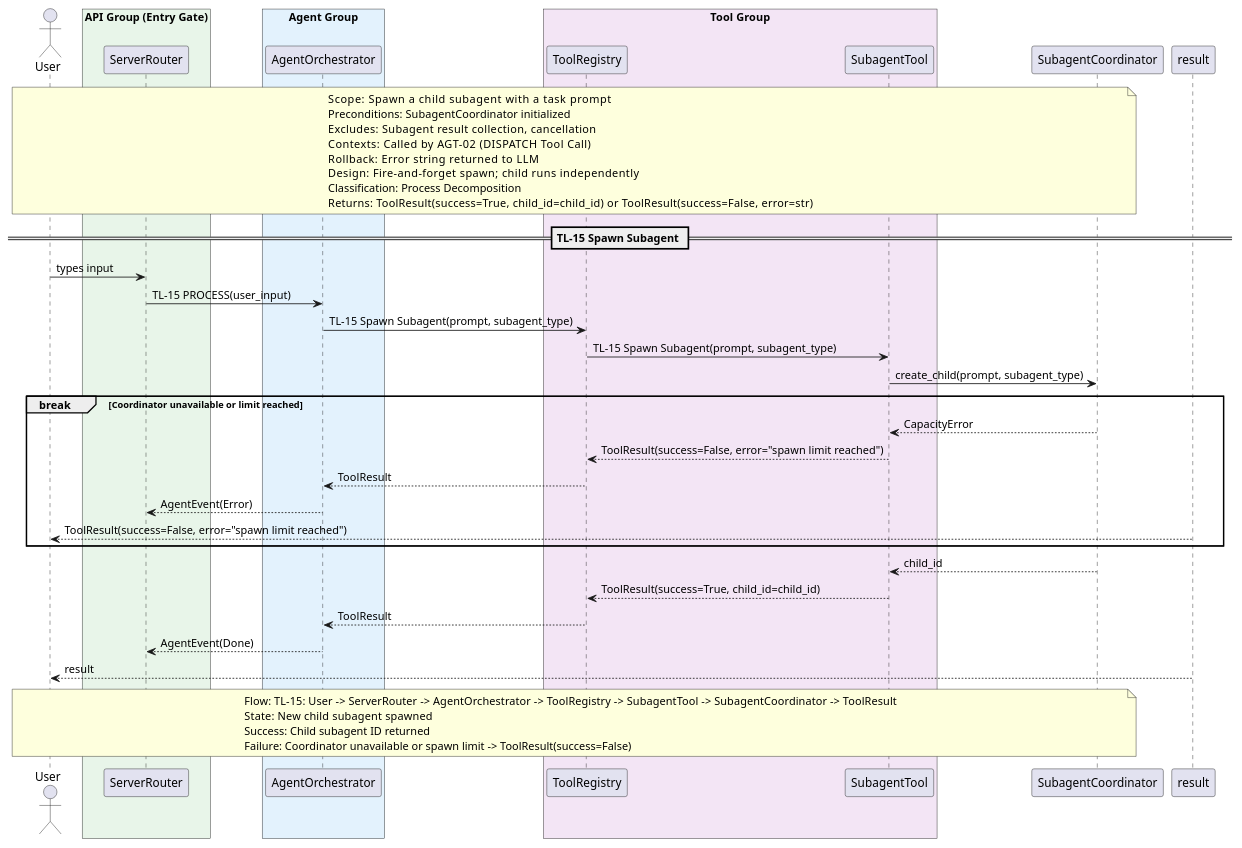
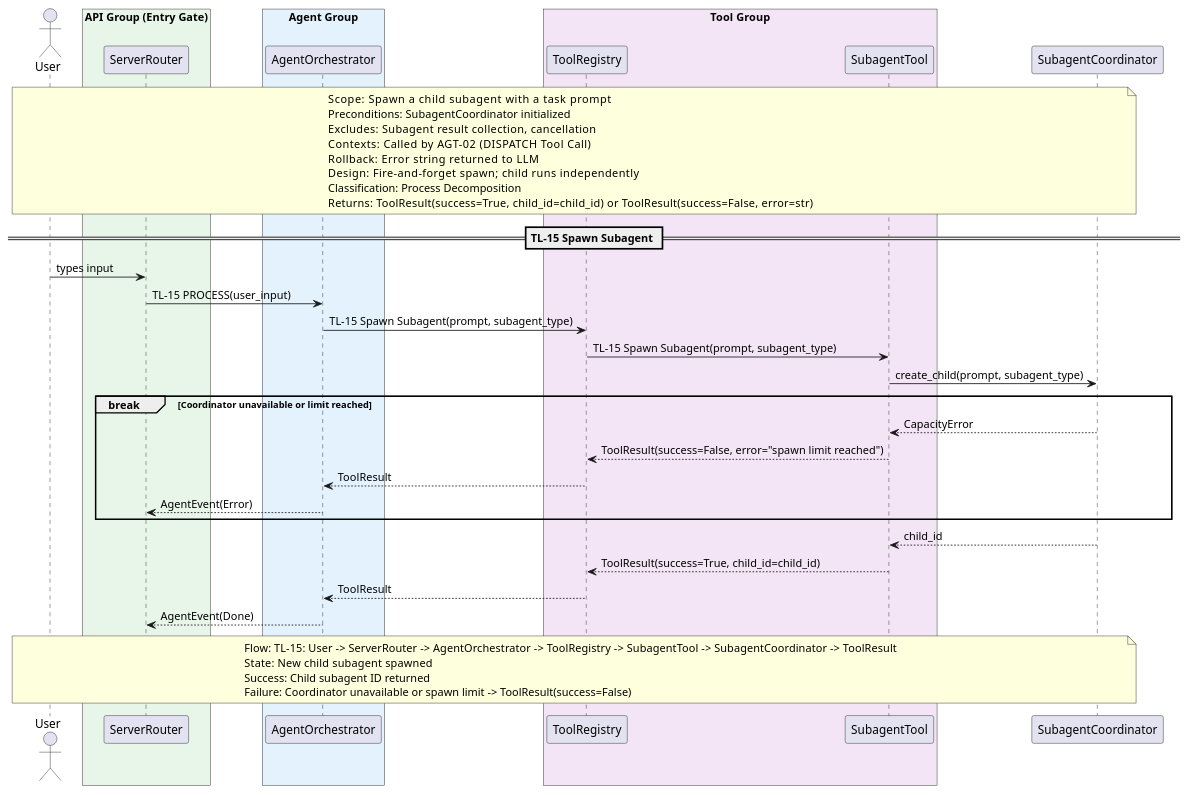
Before and after one commit to salimnamvar/nasim: the diagram in docs/SQ/TL/sq_tl15_spawn_subagent.puml, drawn with PlantUML. The commit also changed 133 other files, not shown here.

First line of the commit message:
docs: Refactor sequence diagrams and update documentation for session management and tool operations

```diff
--- a/docs/SQ/TL/sq_tl15_spawn_subagent.puml
+++ b/docs/SQ/TL/sq_tl15_spawn_subagent.puml
@@ -1,66 +1,64 @@
 @startuml sq_tl15_spawn_subagent
 ' ============================================================
 ' Title:     TL-15 — Spawn Subagent
 ' Boundary:  nasim code agent
 ' Purpose:   Create a child subagent via SubagentTool
 ' Milestone: v1.0
 ' Version:   9.1.0
 ' Source:    CAR refinement loop — API-First transformation
 ' Review:    docs/SQ/README.md
 ' ============================================================
 
 actor "User" as user
 
 box "API Group (Entry Gate)" #E8F5E9
   participant "ServerRouter" as router
 end box
 box "Agent Group" #E3F2FD
   participant "AgentOrchestrator" as agent
 end box
 box "Tool Group" #F3E5F5
   participant "ToolRegistry" as registry
   participant "SubagentTool" as tool
 end box
 participant "SubagentCoordinator" as coord
 
 note over user, coord
   Scope:          Spawn a child subagent with a task prompt
   Preconditions:  SubagentCoordinator initialized
   Excludes:       Subagent result collection, cancellation
   Contexts:       Called by AGT-02 (DISPATCH Tool Call)
   Rollback:       Error string returned to LLM
   Design:         Fire-and-forget spawn; child runs independently
   Classification: Process Decomposition
   Returns:        ToolResult(success=True, child_id=child_id) or ToolResult(success=False, error=str)
 end note
 
 == TL-15 Spawn Subagent ==
 
 user -> router : types input
 router -> agent : TL-15 PROCESS(user_input)
 agent -> registry : TL-15 Spawn Subagent(prompt, subagent_type)
 registry -> tool : TL-15 Spawn Subagent(prompt, subagent_type)
 tool -> coord : create_child(prompt, subagent_type)
 
 break Coordinator unavailable or limit reached
     coord --> tool : CapacityError
     tool --> registry : ToolResult(success=False, error="spawn limit reached")
     registry --> agent : ToolResult
     agent --> router : AgentEvent(Error)
-    result --> user : ToolResult(success=False, error="spawn limit reached")
 end
 
 coord --> tool : child_id
 tool --> registry : ToolResult(success=True, child_id=child_id)
 registry --> agent : ToolResult
 agent --> router : AgentEvent(Done)
-result --> user : result
 
 note over user, coord
   Flow:    TL-15: User -> ServerRouter -> AgentOrchestrator -> ToolRegistry -> SubagentTool -> SubagentCoordinator -> ToolResult
   State:   New child subagent spawned
   Success: Child subagent ID returned
   Failure: Coordinator unavailable or spawn limit -> ToolResult(success=False)
 end note
 
 @enduml
```
